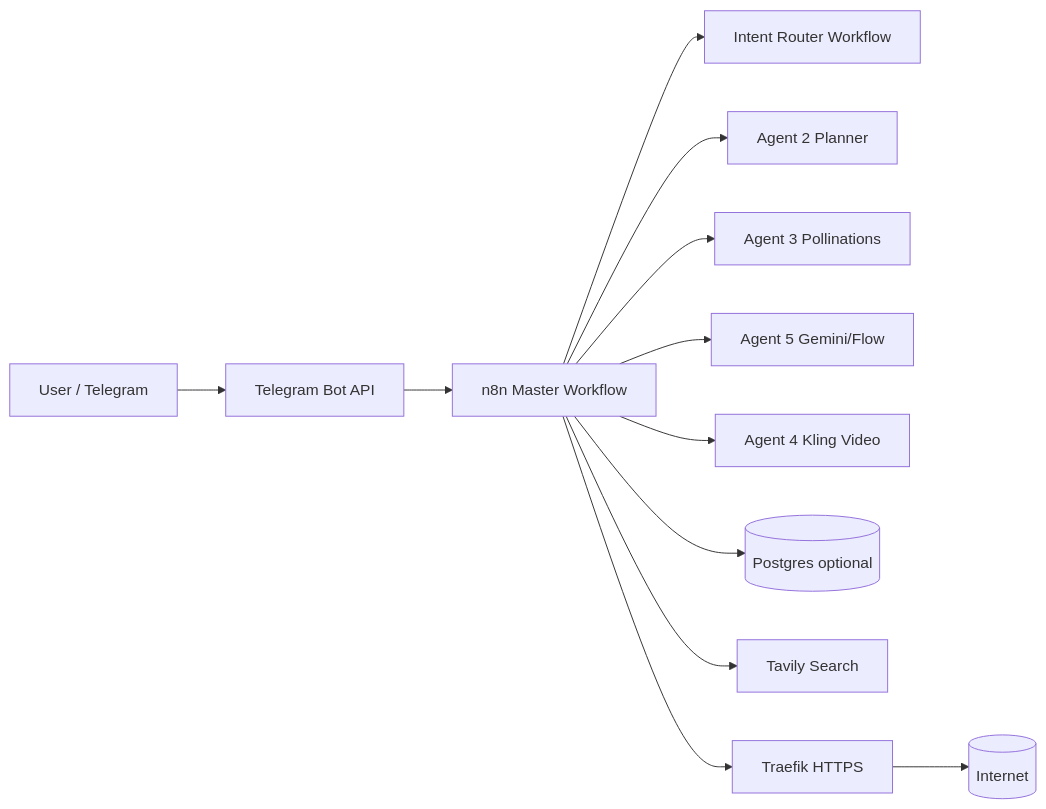
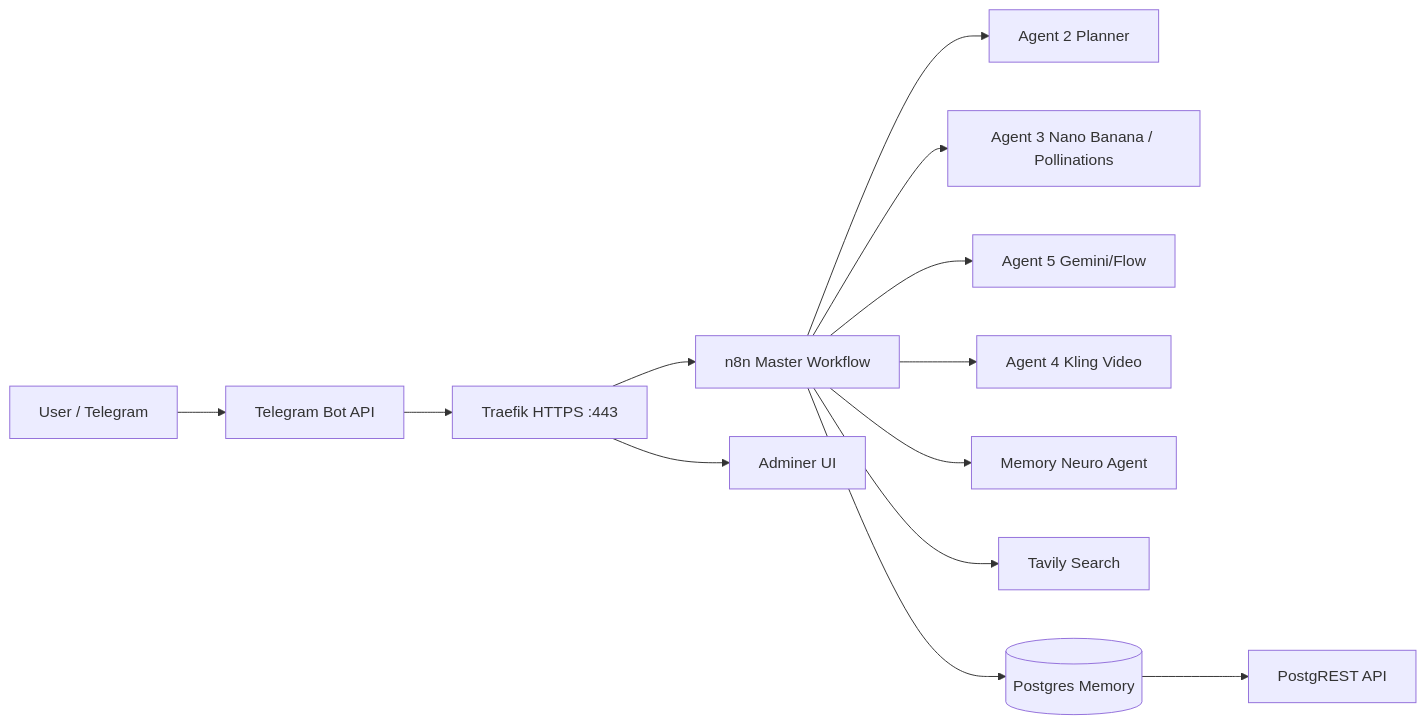
The first of 3 diagrams in docs/knowledge_base/08_ARCHITECTURE_DIAGRAMS.md (MaxCorpOrg/n8n_ai_call_center), drawn with Mermaid before and after one commit. The commit also changed other lines of this file and 9 other files, not shown here.

Commit message:
docs(kb): sync knowledge base with memory/adminer stack and master agent flow

````diff
--- a/docs/knowledge_base/08_ARCHITECTURE_DIAGRAMS.md
+++ b/docs/knowledge_base/08_ARCHITECTURE_DIAGRAMS.md
@@ -5,14 +5,15 @@
 ```mermaid
 flowchart LR
     U[User / Telegram] --> TG[Telegram Bot API]
-    TG --> N8N[n8n Master Workflow]
-    N8N --> R[Intent Router Workflow]
+    TG --> TR[Traefik HTTPS :443]
+    TR --> N8N[n8n Master Workflow]
+    TR --> ADM[Adminer UI]
     N8N --> A2[Agent 2 Planner]
-    N8N --> A3[Agent 3 Pollinations]
+    N8N --> A3[Agent 3 Nano Banana / Pollinations]
     N8N --> A5[Agent 5 Gemini/Flow]
     N8N --> A4[Agent 4 Kling Video]
-    N8N --> DB[(Postgres optional)]
+    N8N --> MNA[Memory Neuro Agent]
     N8N --> T[Tavily Search]
-    N8N --> TR[Traefik HTTPS]
-    TR --> NET[(Internet)]
+    N8N --> PM[(Postgres Memory)]
+    PM --> PR[PostgREST API]
 ```
````
